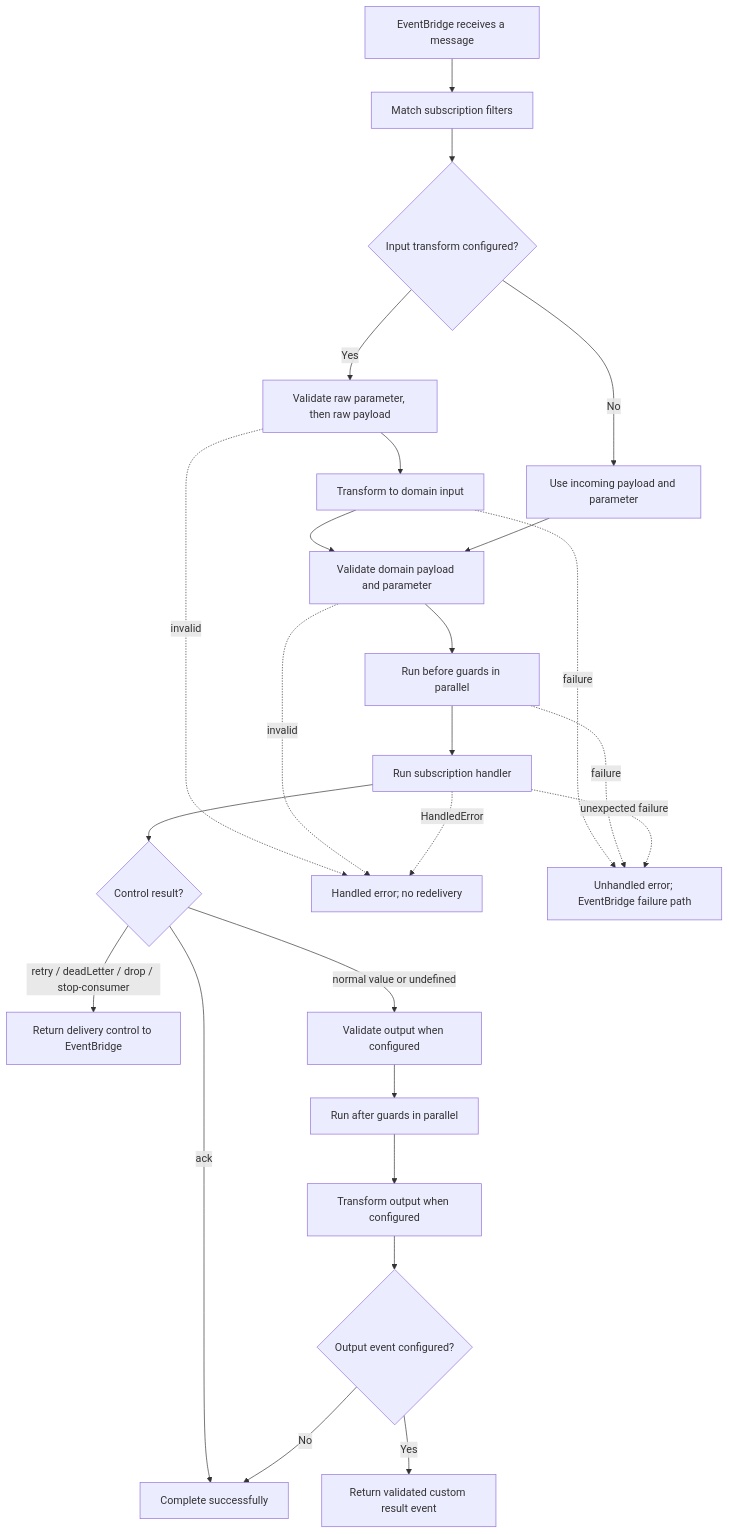
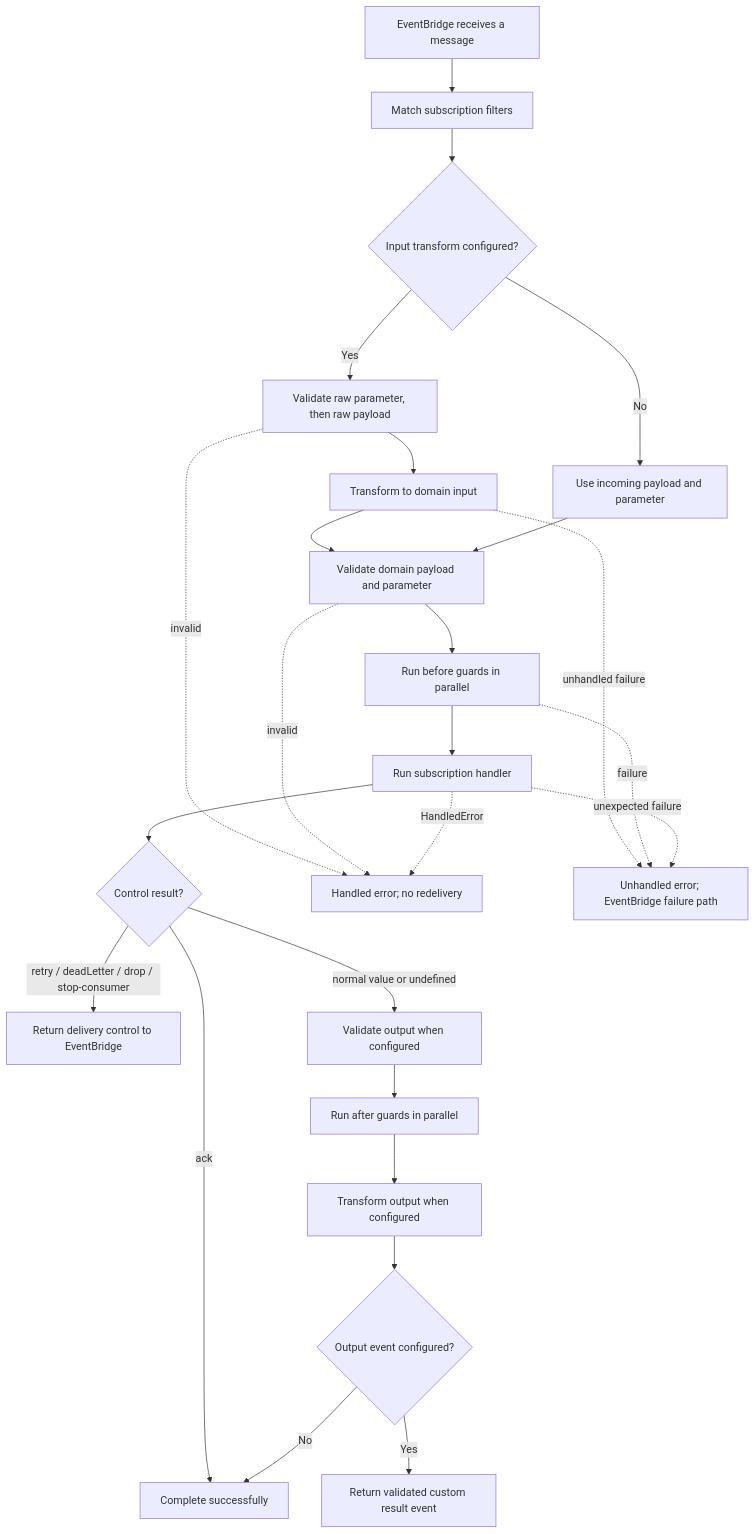
The second of 2 diagrams in web/src/content/handbook/framework/build-services/subscriptions/index.md (puristajs/purista), drawn with Mermaid before and after one commit. The commit also changed other lines of this file and 593 other files, not shown here.

````diff
--- a/web/src/content/handbook/framework/build-services/subscriptions/index.md
+++ b/web/src/content/handbook/framework/build-services/subscriptions/index.md
@@ -56,27 +93,27 @@
 ```mermaid title="Subscription execution lifecycle"
 flowchart TD
   A[EventBridge receives a message] --> B[Match subscription filters]
   B --> C{Input transform configured?}
   C -->|Yes| D[Validate raw parameter, then raw payload]
   D --> E[Transform to domain input]
   C -->|No| F[Use incoming payload and parameter]
   E --> G[Validate domain payload and parameter]
   F --> G
   G --> H[Run before guards in parallel]
   H --> I[Run subscription handler]
   I --> J{Control result?}
   J -->|ack| K[Complete successfully]
   J -->|retry / deadLetter / drop / stop-consumer| L[Return delivery control to EventBridge]
   J -->|normal value or undefined| M[Validate output when configured]
   M --> N[Run after guards in parallel]
   N --> O[Transform output when configured]
   O --> P{Output event configured?}
   P -->|Yes| Q[Return validated custom result event]
   P -->|No| K
   D -. invalid .-> R[Handled error; no redelivery]
-  E -. failure .-> S[Unhandled error; EventBridge failure path]
+  E -. unhandled failure .-> S[Unhandled error; EventBridge failure path]
   G -. invalid .-> R
   H -. failure .-> S
   I -. HandledError .-> R
   I -. unexpected failure .-> S
 ```
````
